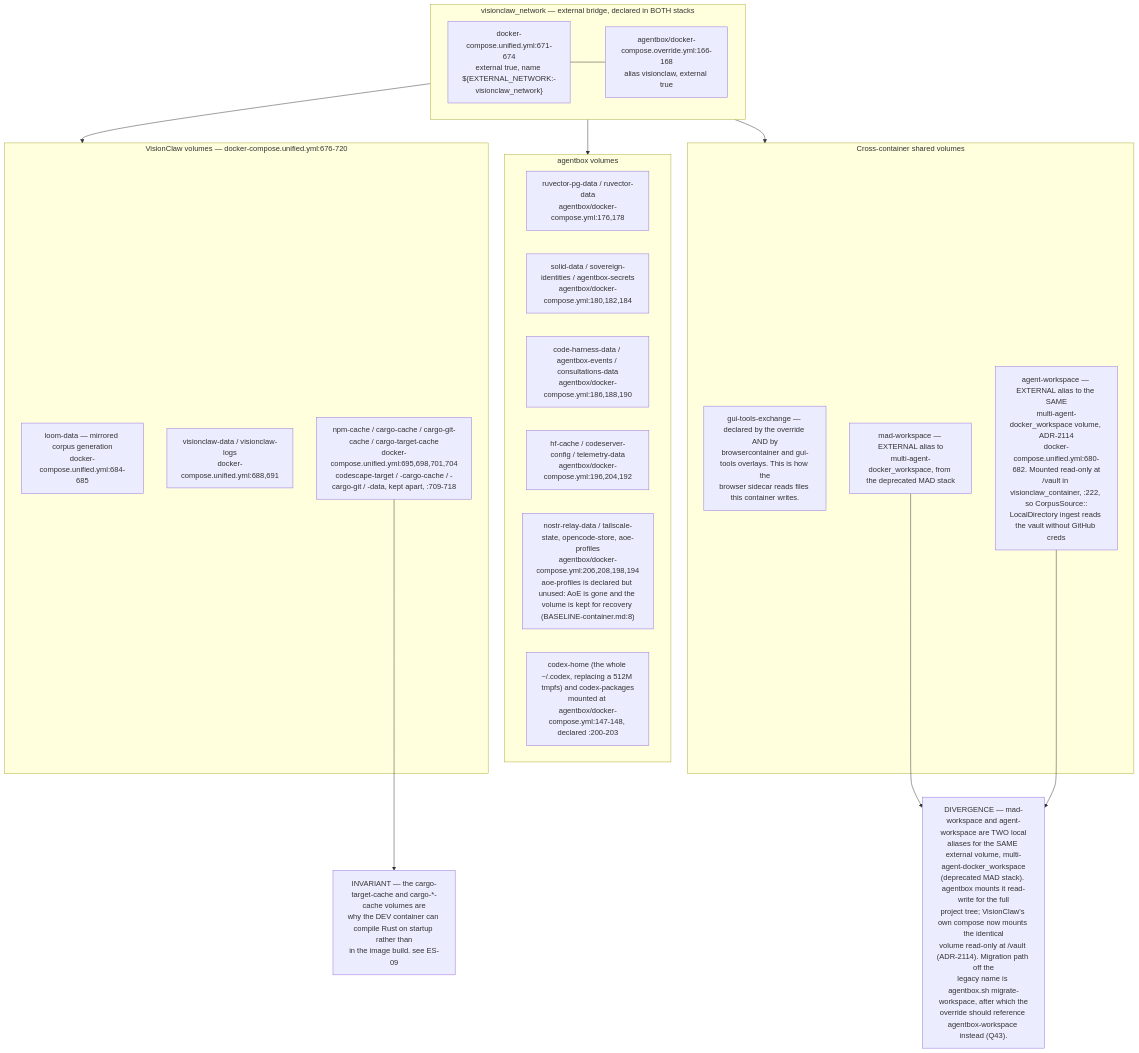
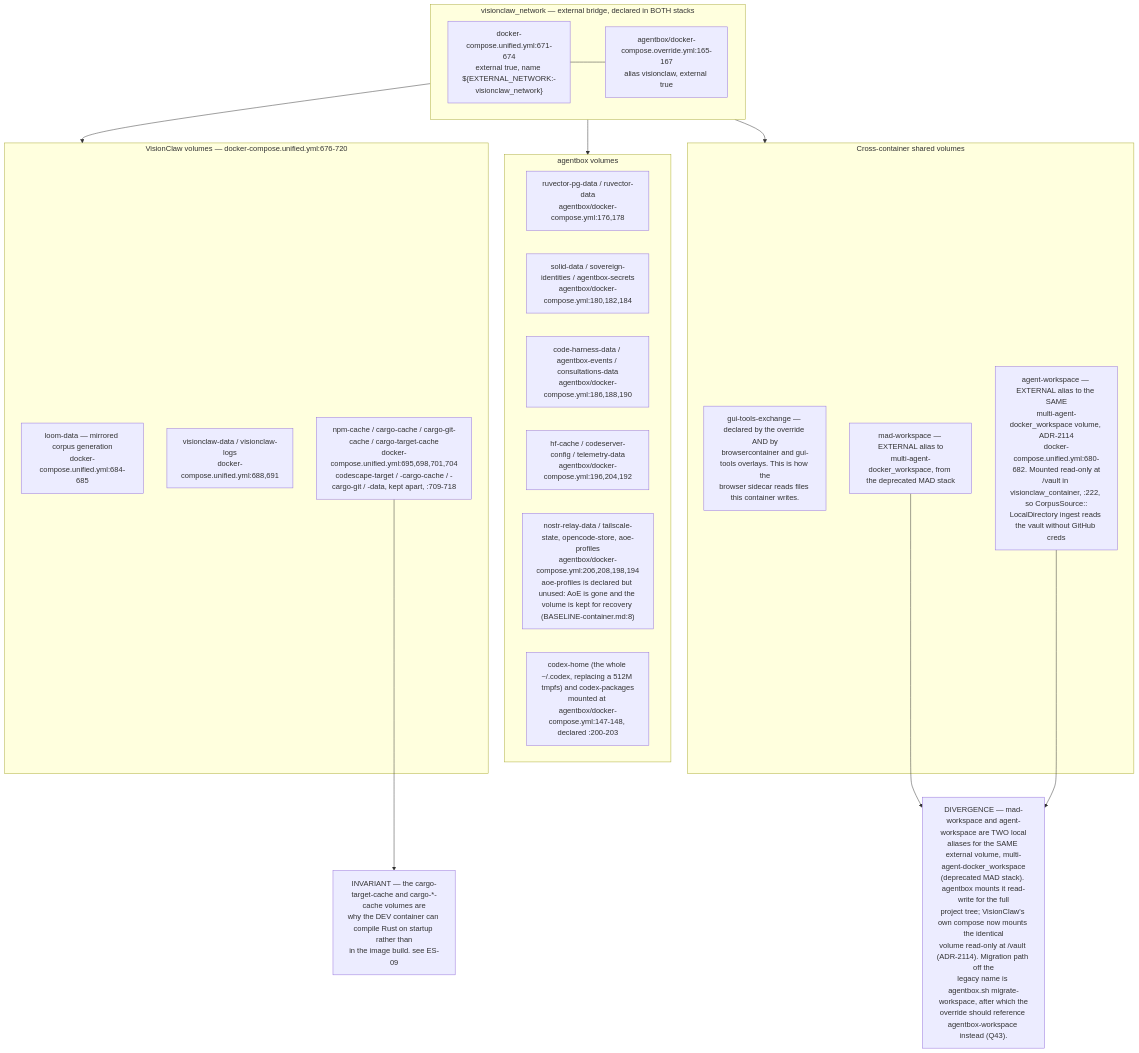
The fourth of 8 diagrams in docs/diagrams/estate/01-estate-topology.md (DreamLab-AI/VisionFlow), drawn with Mermaid before and after one commit. The commit also changed other lines of this file and 91 other files, not shown here.

````diff
--- a/docs/diagrams/estate/01-estate-topology.md
+++ b/docs/diagrams/estate/01-estate-topology.md
@@ -185,37 +190,37 @@
 ```mermaid
 flowchart TB
     subgraph net["visionclaw_network — external bridge, declared in BOTH stacks"]
         N1["docker-compose.unified.yml:671-674<br/>external true, name ${EXTERNAL_NETWORK:-visionclaw_network}"]
-        N2["agentbox/docker-compose.override.yml:166-168<br/>alias visionclaw, external true"]
+        N2["agentbox/docker-compose.override.yml:165-167<br/>alias visionclaw, external true"]
     end
     subgraph vcvol["VisionClaw volumes — docker-compose.unified.yml:676-720"]
         V1["loom-data — mirrored corpus generation<br/>docker-compose.unified.yml:684-685"]
         V2["visionclaw-data / visionclaw-logs<br/>docker-compose.unified.yml:688,691"]
         V3["npm-cache / cargo-cache / cargo-git-cache / cargo-target-cache<br/>docker-compose.unified.yml:695,698,701,704<br/>codescape-target / -cargo-cache / -cargo-git / -data, kept apart, :709-718"]
     end
     subgraph abvol["agentbox volumes"]
         W1["ruvector-pg-data / ruvector-data<br/>agentbox/docker-compose.yml:176,178"]
         W2["solid-data / sovereign-identities / agentbox-secrets<br/>agentbox/docker-compose.yml:180,182,184"]
         W3["code-harness-data / agentbox-events / consultations-data<br/>agentbox/docker-compose.yml:186,188,190"]
         W4["hf-cache / codeserver-config / telemetry-data<br/>agentbox/docker-compose.yml:196,204,192"]
         W5["nostr-relay-data / tailscale-state, opencode-store, aoe-profiles<br/>agentbox/docker-compose.yml:206,208,198,194<br/>aoe-profiles is declared but unused: AoE is gone and the volume is kept for recovery (BASELINE-container.md:8)"]
         W6["codex-home (the whole ~/.codex, replacing a 512M tmpfs) and codex-packages<br/>mounted at agentbox/docker-compose.yml:147-148, declared :200-203"]
     end
     subgraph shared["Cross-container shared volumes"]
         S1["gui-tools-exchange — declared by the override AND by<br/>browsercontainer and gui-tools overlays. This is how the<br/>browser sidecar reads files this container writes."]
         S2["mad-workspace — EXTERNAL alias to<br/>multi-agent-docker_workspace, from the deprecated MAD stack"]
         S3["agent-workspace — EXTERNAL alias to the SAME<br/>multi-agent-docker_workspace volume, ADR-2114<br/>docker-compose.unified.yml:680-682. Mounted read-only at<br/>/vault in visionclaw_container, :222, so CorpusSource::<br/>LocalDirectory ingest reads the vault without GitHub creds"]
     end
 
     N1 --- N2
     net --> vcvol
     net --> abvol
     net --> shared
 
     D1["DIVERGENCE — mad-workspace and agent-workspace are TWO local<br/>aliases for the SAME external volume, multi-agent-docker_workspace<br/>(deprecated MAD stack). agentbox mounts it read-write for the full<br/>project tree; VisionClaw's own compose now mounts the identical<br/>volume read-only at /vault (ADR-2114). Migration path off the<br/>legacy name is agentbox.sh migrate-workspace, after which the<br/>override should reference agentbox-workspace instead (Q43)."]
     INV["INVARIANT — the cargo-target-cache and cargo-*-cache volumes are<br/>why the DEV container can compile Rust on startup rather than<br/>in the image build. see ES-09"]
 
     S2 --> D1
     S3 --> D1
     V3 --> INV
 ```
````
